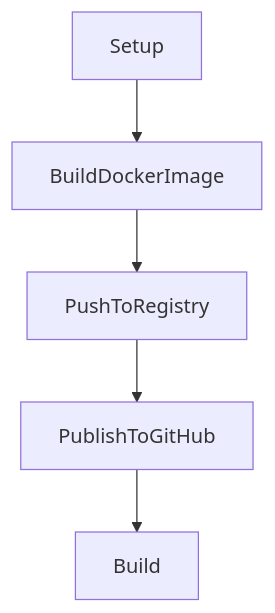
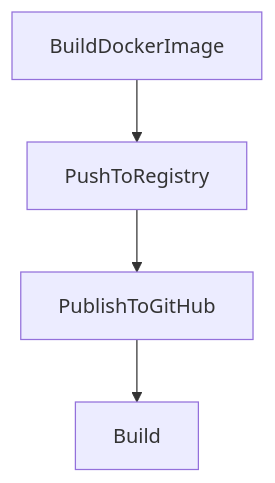
Before and after one commit to The-Running-Dev/Docker-BuildAgent: the second of 4 diagrams in documentation/docs/targets.md, drawn with Mermaid. The commit also changed other lines of this file and 8 other files, not shown here.

````diff
--- a/documentation/docs/targets.md
+++ b/documentation/docs/targets.md
@@ -46,4 +53,4 @@
 ```mermaid
 flowchart TD
-    Setup --> BuildDockerImage --> PushToRegistry --> PublishToGitHub --> Build
+    BuildDockerImage --> PushToRegistry --> PublishToGitHub --> Build
 ```
````
